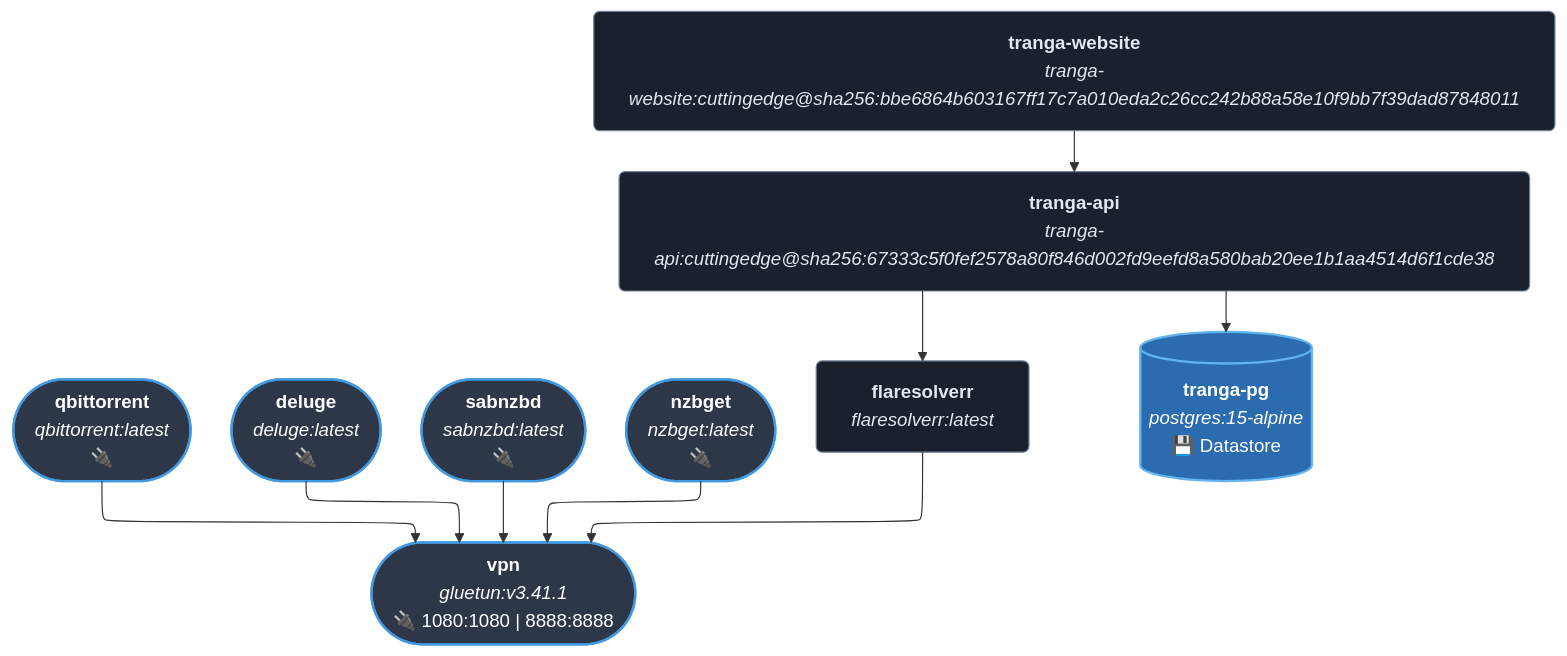
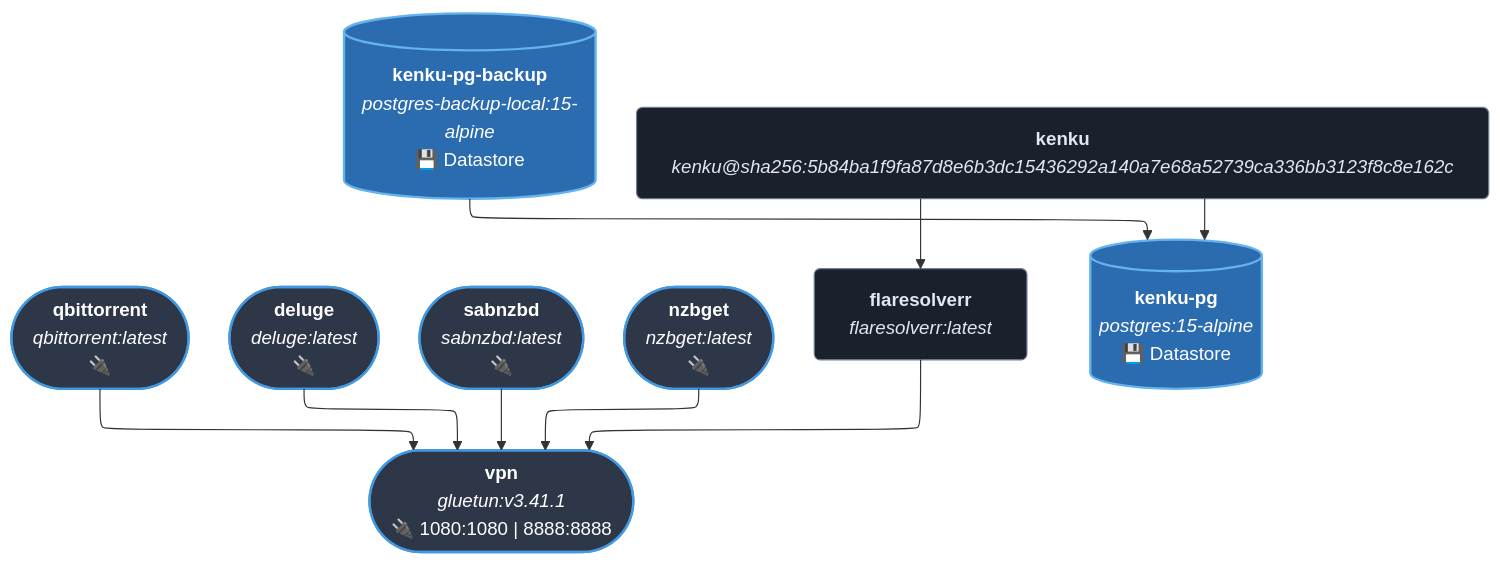
The first of 3 diagrams in docs/services/downloads.md (chutch3/homelab), drawn with Mermaid before and after one commit. The commit also changed other lines of this file and 7 other files, not shown here.

Commit message:
feat: replace tranga with kenku as manga downloader

````diff
--- a/docs/services/downloads.md
+++ b/docs/services/downloads.md
@@ -8,24 +8,24 @@
 ```mermaid
 %%{init: {"flowchart": {"defaultRenderer": "elk", "nodeSpacing": 40, "rankSpacing": 50}}}%%
 flowchart TD
     classDef exposed fill:#2d3748,stroke:#4299e1,stroke-width:2px,color:#fff,rx:5px,ry:5px;
     classDef internal fill:#1a202c,stroke:#718096,stroke-width:1px,color:#e2e8f0,rx:5px,ry:5px;
     classDef datastore fill:#2b6cb0,stroke:#63b3ed,stroke-width:2px,color:#fff,rx:8px,ry:8px;
     vpn(["<b>vpn</b><br/><i>gluetun:v3.41.1</i><br/>🔌 1080:1080 | 8888:8888"]):::exposed
     qbittorrent(["<b>qbittorrent</b><br/><i>qbittorrent:latest</i><br/>🔌 "]):::exposed
     deluge(["<b>deluge</b><br/><i>deluge:latest</i><br/>🔌 "]):::exposed
     sabnzbd(["<b>sabnzbd</b><br/><i>sabnzbd:latest</i><br/>🔌 "]):::exposed
     nzbget(["<b>nzbget</b><br/><i>nzbget:latest</i><br/>🔌 "]):::exposed
     flaresolverr["<b>flaresolverr</b><br/><i>flaresolverr:latest</i>"]:::internal
-    tranga_pg[("<b>tranga-pg</b><br/><i>postgres:15-alpine</i><br/>💾 Datastore")]:::datastore
-    tranga_api["<b>tranga-api</b><br/><i>tranga-api:cuttingedge@sha256:67333c5f0fef2578a80f846d002fd9eefd8a580bab20ee1b1aa4514d6f1cde38</i>"]:::internal
-    tranga_website["<b>tranga-website</b><br/><i>tranga-website:cuttingedge@sha256:bbe6864b603167ff17c7a010eda2c26cc242b88a58e10f9bb7f39dad87848011</i>"]:::internal
+    kenku_pg[("<b>kenku-pg</b><br/><i>postgres:15-alpine</i><br/>💾 Datastore")]:::datastore
+    kenku_pg_backup[("<b>kenku-pg-backup</b><br/><i>postgres-backup-local:15-alpine</i><br/>💾 Datastore")]:::datastore
+    kenku["<b>kenku</b><br/><i>kenku@sha256:5b84ba1f9fa87d8e6b3dc15436292a140a7e68a52739ca336bb3123f8c8e162c</i>"]:::internal
     qbittorrent --> vpn
     deluge --> vpn
     sabnzbd --> vpn
     nzbget --> vpn
     flaresolverr --> vpn
-    tranga_api --> flaresolverr
-    tranga_api --> tranga_pg
-    tranga_website --> tranga_api
+    kenku_pg_backup --> kenku_pg
+    kenku --> flaresolverr
+    kenku --> kenku_pg
 ```
````
